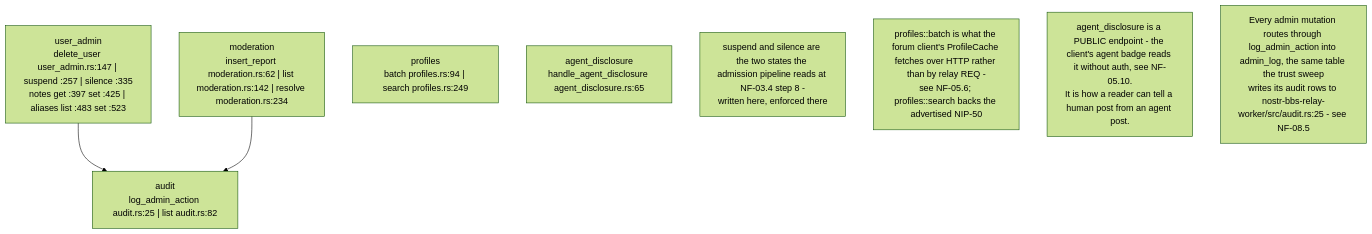
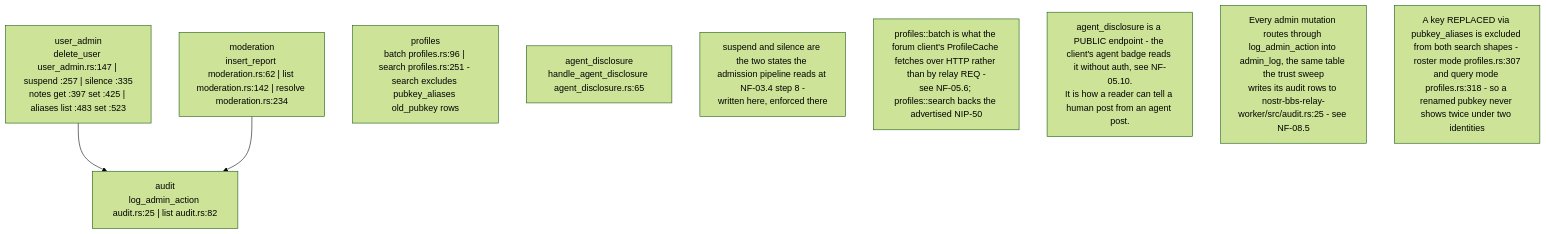
Before and after one commit to DreamLab-AI/VisionFlow: diagram 14 of 16 in docs/diagrams/nostr-rust-forum/11-relay-durable-object-internals.md, drawn with Mermaid (forest theme). The commit also changed other lines of this file and 136 other files, not shown here.

First line of the commit message:
docs(diagrams): refresh the whole corpus to code HEAD and prune low-value diagrams

````diff
--- a/docs/diagrams/nostr-rust-forum/11-relay-durable-object-internals.md
+++ b/docs/diagrams/nostr-rust-forum/11-relay-durable-object-internals.md
@@ -416,16 +407,17 @@
 ```mermaid
 flowchart TB
     UA["user_admin<br/>delete_user user_admin.rs:147 | suspend :257 | silence :335<br/>notes get :397 set :425 | aliases list :483 set :523"]
     MOD["moderation<br/>insert_report moderation.rs:62 | list moderation.rs:142 | resolve moderation.rs:234"]
     AUD["audit<br/>log_admin_action audit.rs:25 | list audit.rs:82"]
-    PRO["profiles<br/>batch profiles.rs:94 | search profiles.rs:249"]
+    PRO["profiles<br/>batch profiles.rs:96 | search profiles.rs:251 - search excludes pubkey_aliases old_pubkey rows"]
     AGD["agent_disclosure<br/>handle_agent_disclosure agent_disclosure.rs:65"]
 
     UA --> AUD
     MOD --> AUD
 
     N1["suspend and silence are the two states the admission pipeline reads at NF-03.4 step 8 -<br/>written here, enforced there"]
     N2["profiles::batch is what the forum client's ProfileCache fetches over HTTP rather than by relay REQ -<br/>see NF-05.6; profiles::search backs the advertised NIP-50"]
     N3["agent_disclosure is a PUBLIC endpoint - the client's agent badge reads it without auth, see NF-05.10.<br/>It is how a reader can tell a human post from an agent post."]
     N4["Every admin mutation routes through log_admin_action into admin_log, the same table the trust sweep<br/>writes its audit rows to nostr-bbs-relay-worker/src/audit.rs:25 - see NF-08.5"]
+    N5["A key REPLACED via pubkey_aliases is excluded from both search shapes - roster mode profiles.rs:307<br/>and query mode profiles.rs:318 - so a renamed pubkey never shows twice under two identities"]
 ```
````
